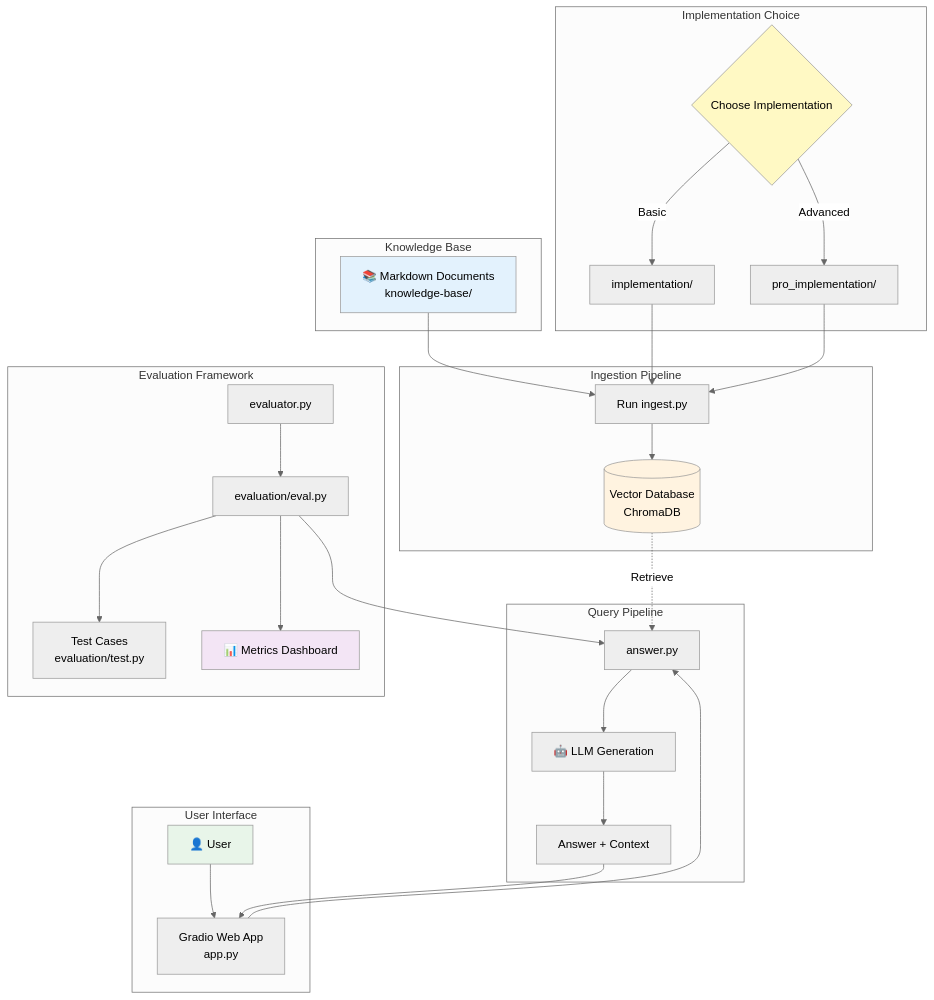
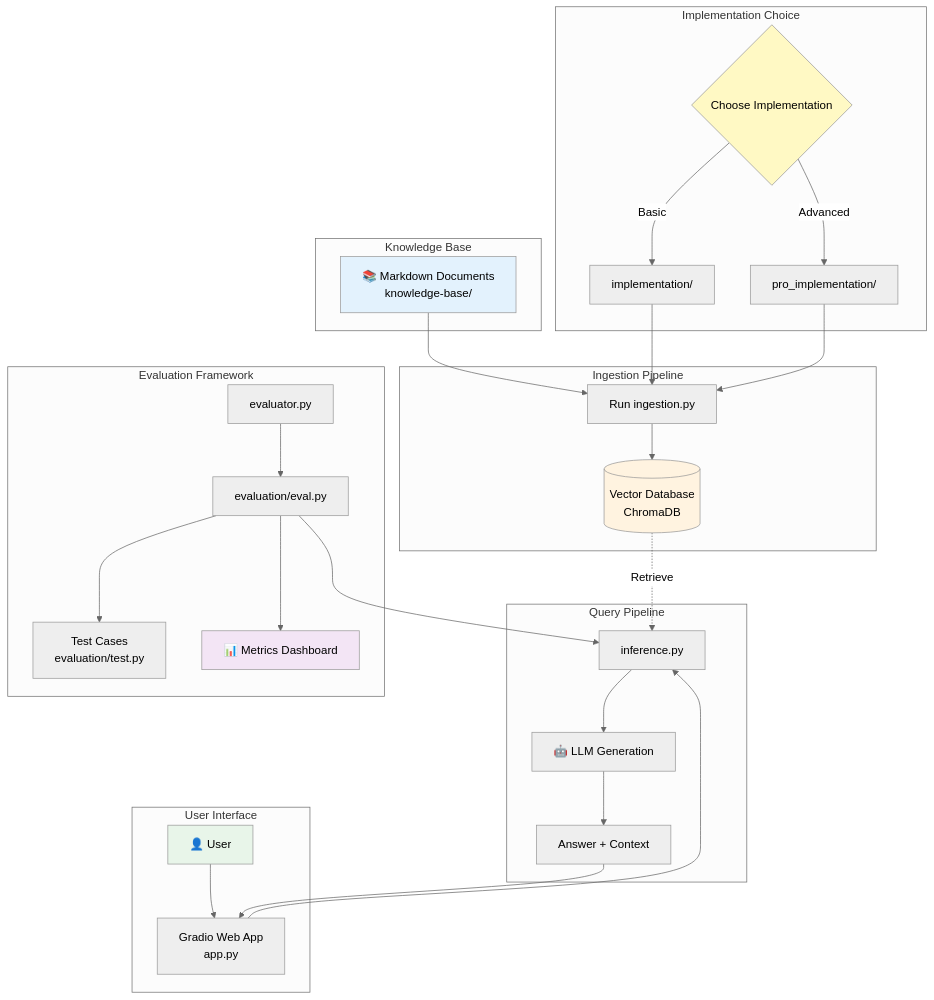
Before and after one commit to aditya-caltechie/ai-rag: the first of 7 diagrams in docs/4-architecture_details.md, drawn with Mermaid (neutral theme). The commit also changed other lines of this file and 20 other files, not shown here.

````diff
--- a/docs/4-architecture_details.md
+++ b/docs/4-architecture_details.md
@@ -7,44 +7,44 @@
 ```mermaid
 graph TB
     subgraph "Knowledge Base"
         KB[📚 Markdown Documents<br/>knowledge-base/]
     end
     
     subgraph "Implementation Choice"
         CHOICE{Choose Implementation}
         CHOICE -->|Basic| BASIC[implementation/]
         CHOICE -->|Advanced| ADV[pro_implementation/]
     end
     
     subgraph "Ingestion Pipeline"
-        KB --> INGEST[Run ingest.py]
+        KB --> INGEST[Run ingestion.py]
         BASIC --> INGEST
         ADV --> INGEST
         INGEST --> VDB[(Vector Database<br/>ChromaDB)]
     end
     
     subgraph "User Interface"
         USER[👤 User] --> UI[Gradio Web App<br/>app.py]
     end
     
     subgraph "Query Pipeline"
-        UI --> ANSWER[answer.py]
+        UI --> ANSWER[inference.py]
         VDB -.->|Retrieve| ANSWER
         ANSWER --> LLM[🤖 LLM Generation]
         LLM --> RESPONSE[Answer + Context]
         RESPONSE --> UI
     end
     
     subgraph "Evaluation Framework"
         EVAL[evaluator.py] --> EVAL_IMPL[evaluation/eval.py]
         EVAL_IMPL --> TEST[Test Cases<br/>evaluation/test.py]
         EVAL_IMPL --> ANSWER
         EVAL_IMPL --> METRICS[📊 Metrics Dashboard]
     end
     
     style KB fill:#e3f2fd
     style VDB fill:#fff3e0
     style USER fill:#e8f5e9
     style METRICS fill:#f3e5f5
     style CHOICE fill:#fff9c4
 ```
````
